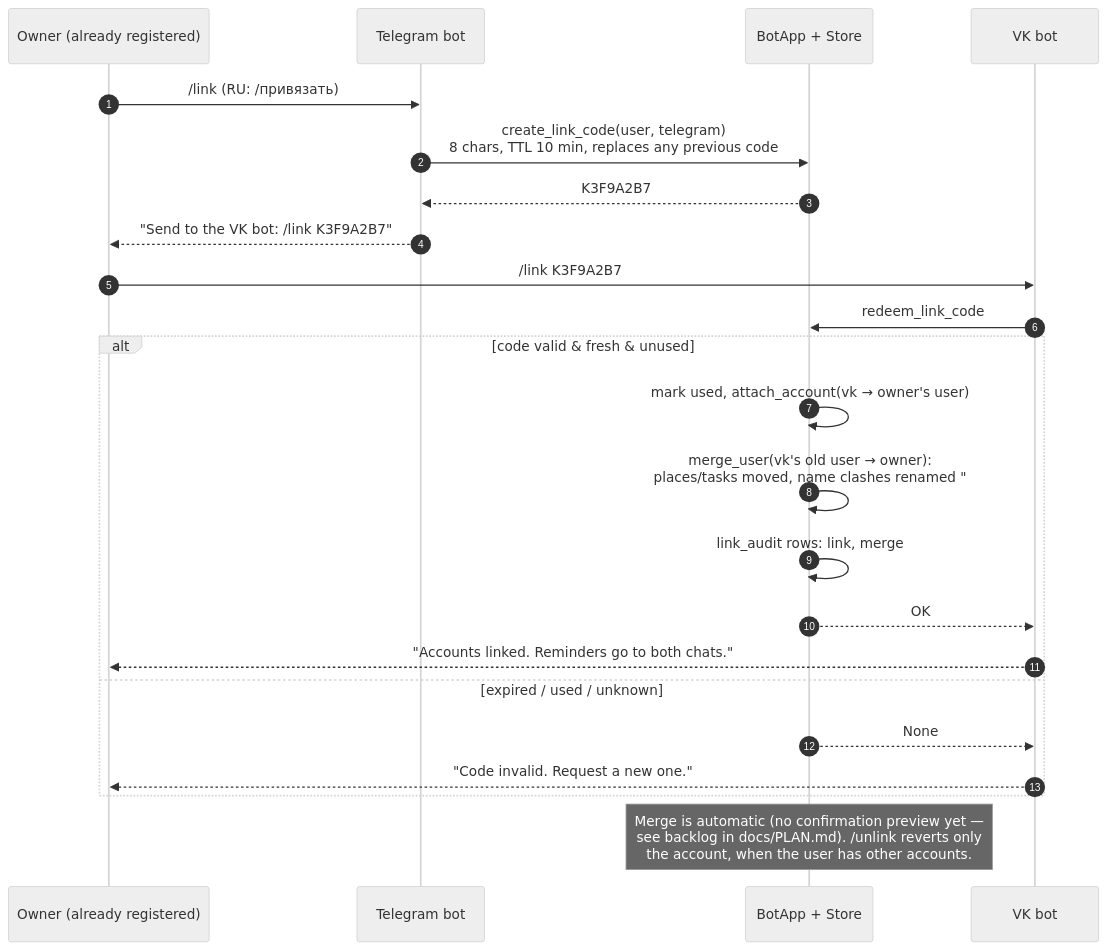
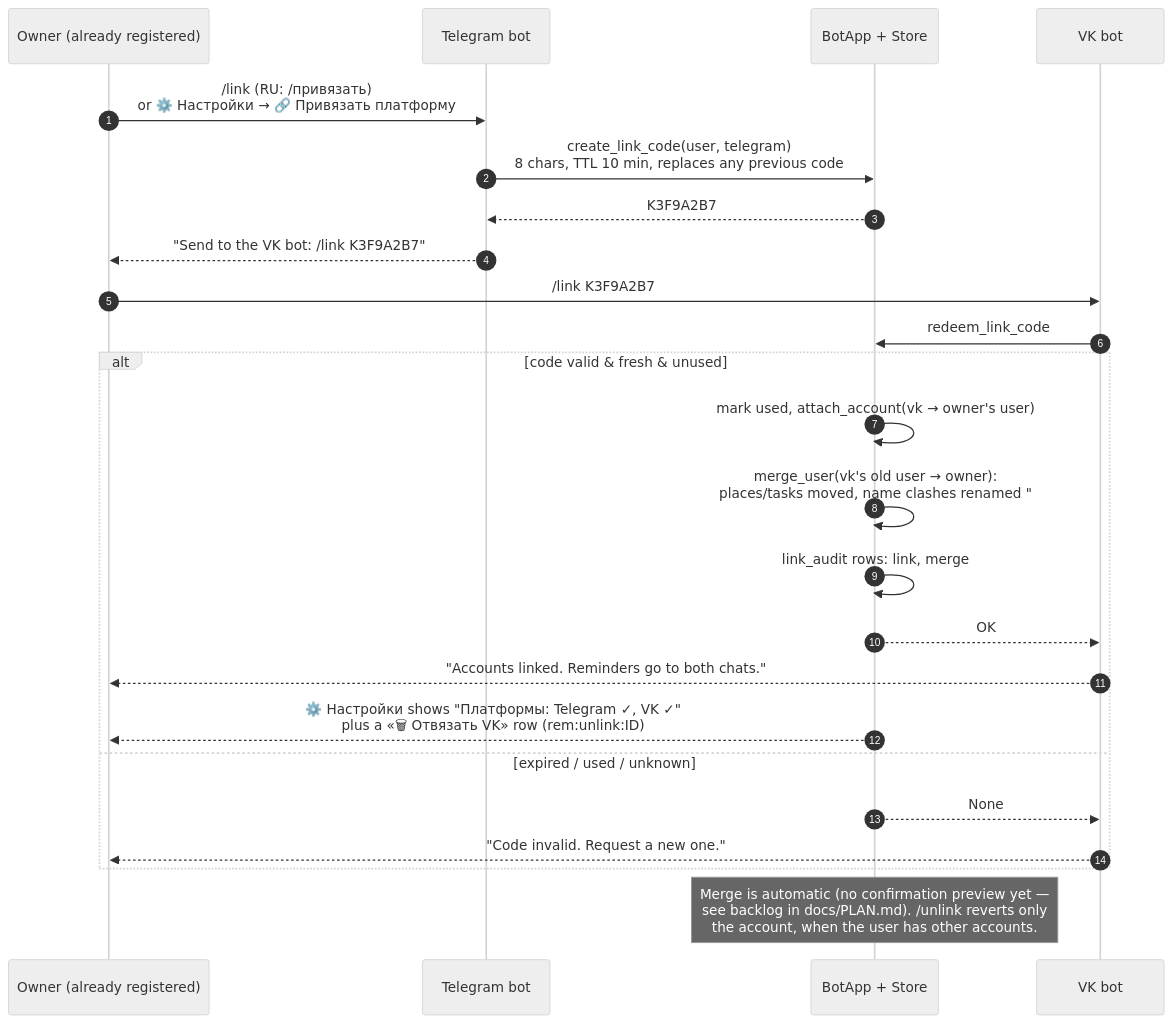
Before and after one commit to edombek/taskshed: the diagram in docs/diagrams/linking-flow.mmd, drawn with Mermaid (neutral theme). The commit also changed 14 other files, not shown here.

```diff
--- a/docs/diagrams/linking-flow.mmd
+++ b/docs/diagrams/linking-flow.mmd
@@ -1,24 +1,25 @@
 sequenceDiagram
     autonumber
     participant U as Owner (already registered)
     participant TG as Telegram bot
     participant Core as BotApp + Store
     participant VK as VK bot
 
-    U->>TG: /link  (RU: /привязать)
+    U->>TG: /link  (RU: /привязать)<br/>or ⚙️ Настройки → 🔗 Привязать платформу
     TG->>Core: create_link_code(user, telegram)<br/>8 chars, TTL 10 min, replaces any previous code
     Core-->>TG: K3F9A2B7
     TG-->>U: "Send to the VK bot: /link K3F9A2B7"
     U->>VK: /link K3F9A2B7
     VK->>Core: redeem_link_code
     alt code valid & fresh & unused
         Core->>Core: mark used, attach_account(vk → owner's user)
         Core->>Core: merge_user(vk's old user → owner):<br/>places/tasks moved, name clashes renamed "#2",<br/>old settings/location deleted
         Core->>Core: link_audit rows: link, merge
         Core-->>VK: OK
         VK-->>U: "Accounts linked. Reminders go to both chats."
+        Core-->>U: ⚙️ Настройки shows "Платформы: Telegram ✓, VK ✓"<br/>plus a «🗑 Отвязать VK» row (rem:unlink:ID)
     else expired / used / unknown
         Core-->>VK: None
         VK-->>U: "Code invalid. Request a new one."
     end
     note over Core: Merge is automatic (no confirmation preview yet —<br/>see backlog in docs/PLAN.md). /unlink reverts only<br/>the account, when the user has other accounts.
```
